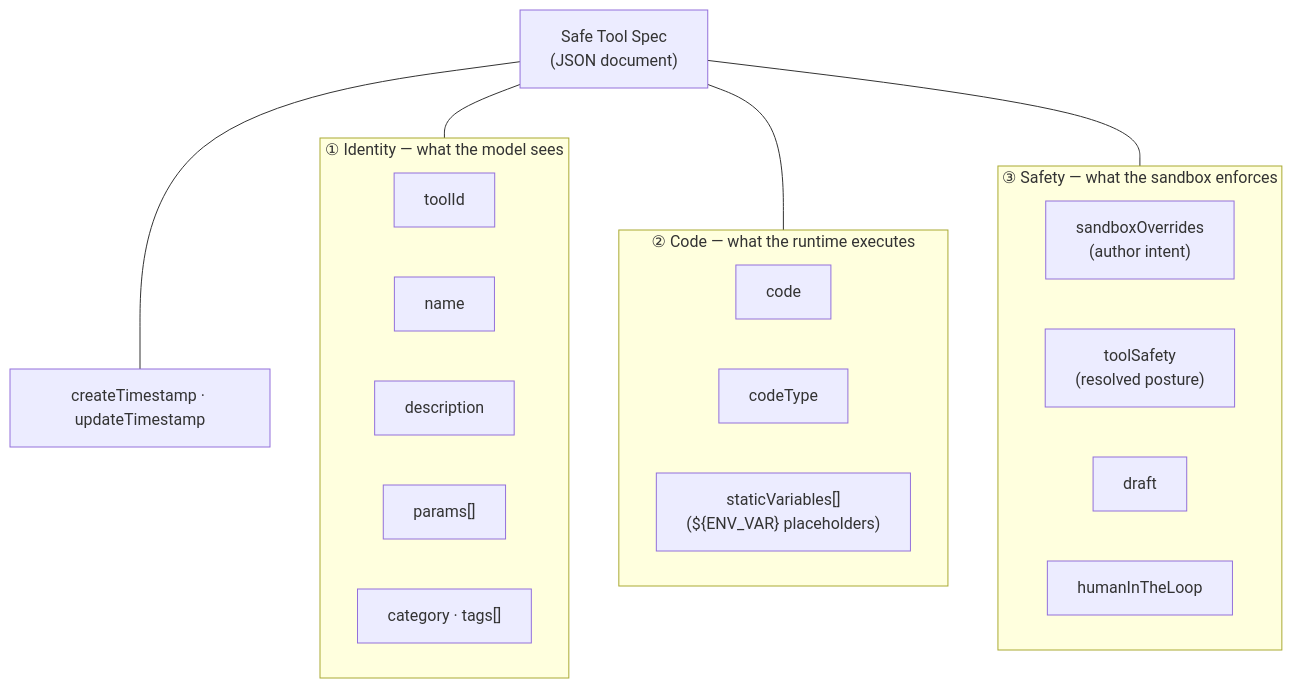
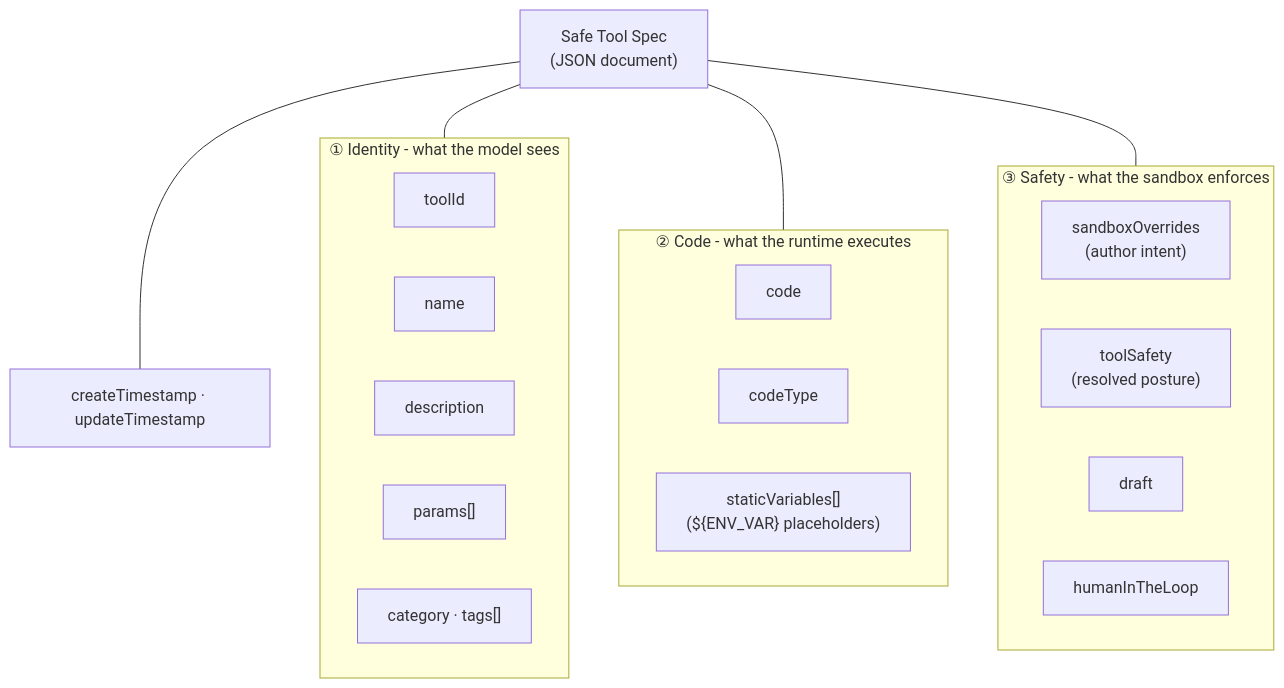
The third of 5 diagrams in docs/safe-tool-specification.md (spring-ai-community/spring-ai-playground), drawn with Mermaid before and after one commit. The commit also changed other lines of this file and 67 other files, not shown here.

````diff
--- a/docs/safe-tool-specification.md
+++ b/docs/safe-tool-specification.md
@@ -126,35 +126,35 @@
 ```mermaid
 flowchart TB
     SPEC["Safe Tool Spec<br/>(JSON document)"]
 
-    subgraph IDENTITY["① Identity — what the model sees"]
+    subgraph IDENTITY["① Identity - what the model sees"]
         direction LR
         I1["toolId"]
         I2["name"]
         I3["description"]
         I4["params[]"]
         I5["category · tags[]"]
     end
 
-    subgraph CODE["② Code — what the runtime executes"]
+    subgraph CODE["② Code - what the runtime executes"]
         direction LR
         C1["code"]
         C2["codeType"]
         C3["staticVariables[]<br/>(${ENV_VAR} placeholders)"]
     end
 
-    subgraph SAFETY["③ Safety — what the sandbox enforces"]
+    subgraph SAFETY["③ Safety - what the sandbox enforces"]
         direction LR
         S1["sandboxOverrides<br/>(author intent)"]
         S2["toolSafety<br/>(resolved posture)"]
         S3["draft"]
         S4["humanInTheLoop"]
     end
 
     BK["createTimestamp · updateTimestamp"]
 
     SPEC --- IDENTITY
     SPEC --- CODE
     SPEC --- SAFETY
     SPEC --- BK
 ```
````
